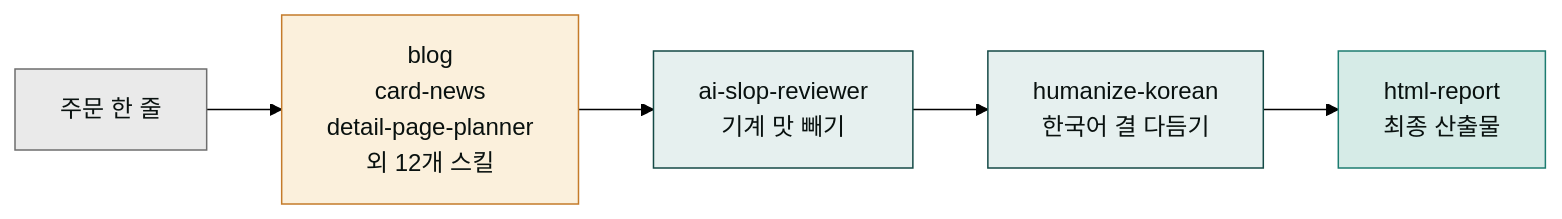
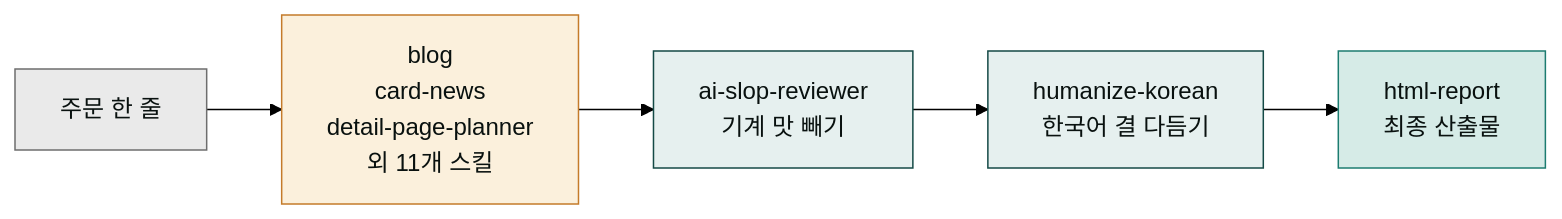
One commit to modu-ai/claude changed the second of 6 diagrams in content/plugins/moai-content.md. Above: the diagram before and after it, drawn with Mermaid (forest theme). The commit also changed other lines of this file and 84 other files, not shown here.

First line of the commit message:
docs(docs-site): drawio → mermaid 전환 + 카운트 정정 + drawio 잔재 제거 (v2.23.0)

````diff
--- a/content/plugins/moai-content.md
+++ b/content/plugins/moai-content.md
@@ -35,12 +35,12 @@
 ```mermaid
 flowchart LR
-    U["주문 한 줄"] --> S1["blog<br/>card-news<br/>detail-page-planner<br/>외 12개 스킬"]
+    U["주문 한 줄"] --> S1["blog<br/>card-news<br/>detail-page-planner<br/>외 11개 스킬"]
     S1 --> S2["ai-slop-reviewer<br/>기계 맛 빼기"]
     S2 --> S3["humanize-korean<br/>한국어 결 다듬기"]
     S3 --> S4["html-report<br/>최종 산출물"]
     style U fill:#eaeaea,stroke:#6e6e6e,color:#09110f
     style S1 fill:#fbf0dc,stroke:#c47b2a,color:#09110f
     style S2 fill:#e6f0ef,stroke:#144a46,color:#09110f
     style S3 fill:#e6f0ef,stroke:#144a46,color:#09110f
     style S4 fill:#d6ebe7,stroke:#1c7c70,color:#09110f
 ```
````
